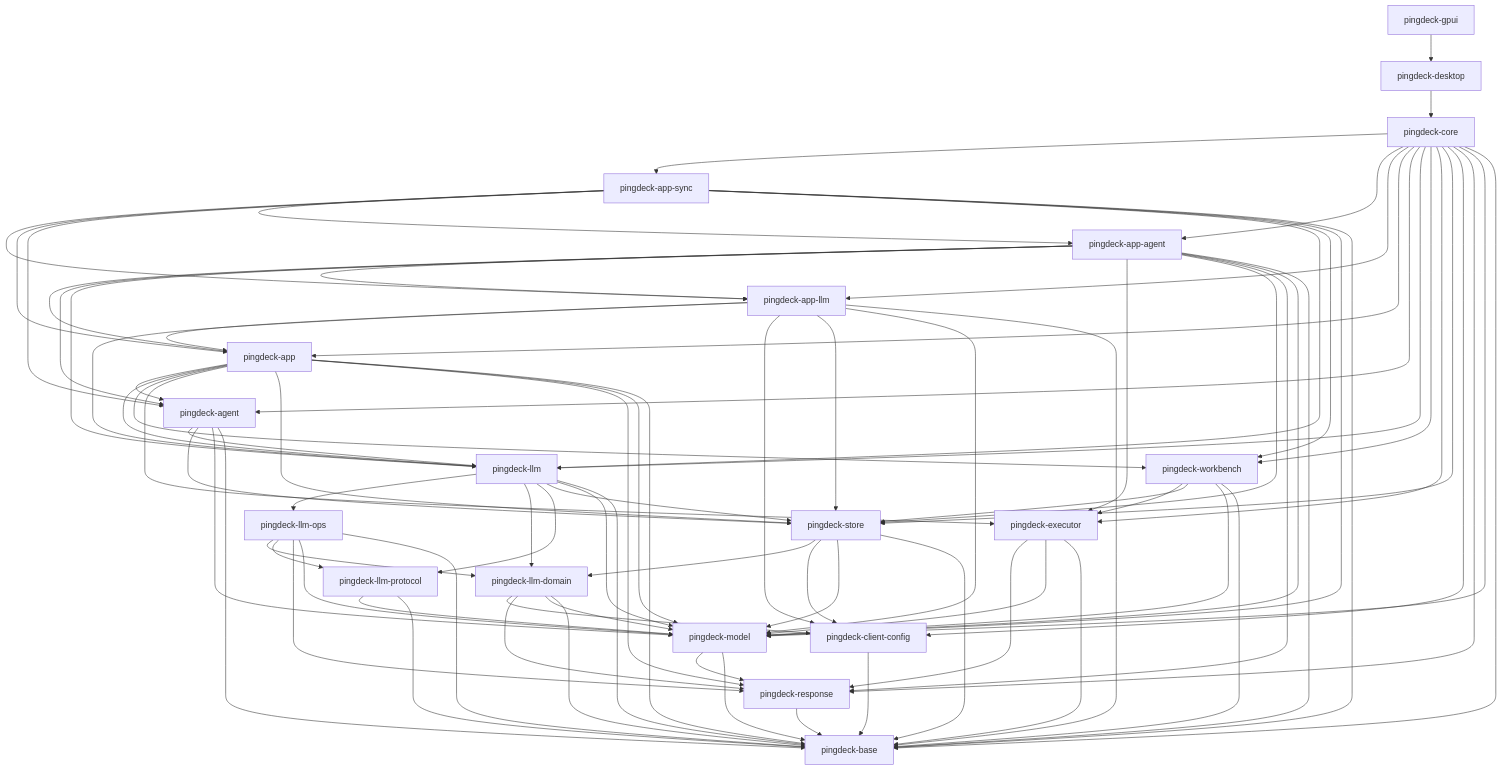
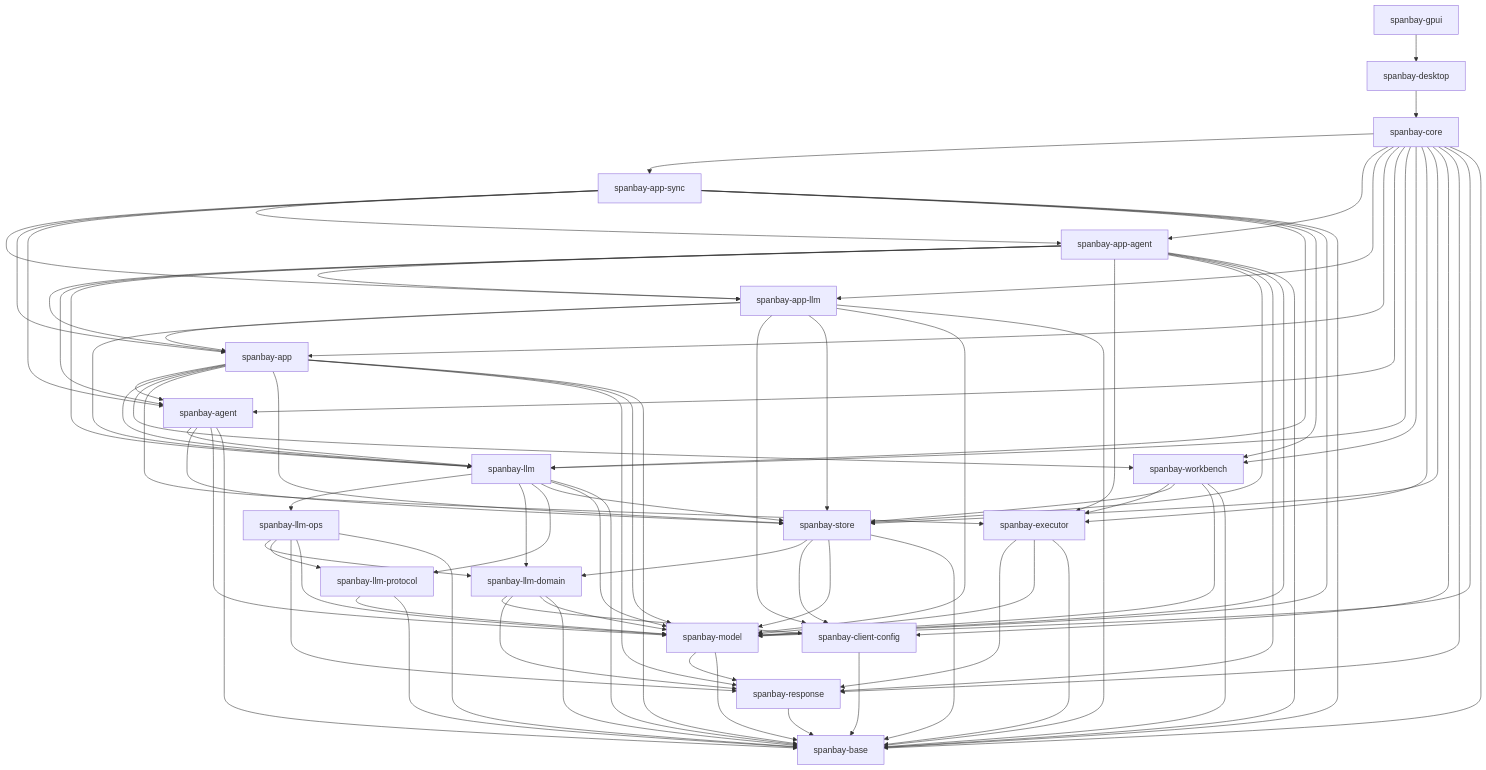
Before and after one commit to LiangLliu/PingDeck: the second of 4 diagrams in docs/architecture.md, drawn with Mermaid. The commit also changed other lines of this file and 2307 other files, not shown here.

````diff
--- a/docs/architecture.md
+++ b/docs/architecture.md
@@ -36,23 +36,23 @@
 ```mermaid
 flowchart TD
-  GP[pingdeck-gpui] --> DH[pingdeck-desktop]
-  DH --> C[pingdeck-core]
-  C --> Y[pingdeck-app-sync] & G[pingdeck-app-agent] & U[pingdeck-app-llm] & P[pingdeck-app]
-  C --> A[pingdeck-agent] & L[pingdeck-llm] & W[pingdeck-workbench] & E[pingdeck-executor] & S[pingdeck-store]
-  C --> K[pingdeck-client-config] & R[pingdeck-response] & M[pingdeck-model] & B[pingdeck-base]
+  GP[spanbay-gpui] --> DH[spanbay-desktop]
+  DH --> C[spanbay-core]
+  C --> Y[spanbay-app-sync] & G[spanbay-app-agent] & U[spanbay-app-llm] & P[spanbay-app]
+  C --> A[spanbay-agent] & L[spanbay-llm] & W[spanbay-workbench] & E[spanbay-executor] & S[spanbay-store]
+  C --> K[spanbay-client-config] & R[spanbay-response] & M[spanbay-model] & B[spanbay-base]
   Y --> G & U & P & A & L & W & M & B
   G --> U & P & A & L & E & S & R & M & B
   U --> P & L & K & S & M & B
   P --> A & L & W & E & S & R & M & B
   A --> L & S & M & B
-  L --> O[pingdeck-llm-ops] & D[pingdeck-llm-domain] & Q[pingdeck-llm-protocol] & S & M & B
+  L --> O[spanbay-llm-ops] & D[spanbay-llm-domain] & Q[spanbay-llm-protocol] & S & M & B
   O --> D & Q & R & M & B
   W --> E & S & M & B
   S --> D & K & M & B
   D --> K & R & M & B
   E --> R & M & B
   Q --> M & B
   K --> B
   M --> R & B
   R --> B
 ```
````
